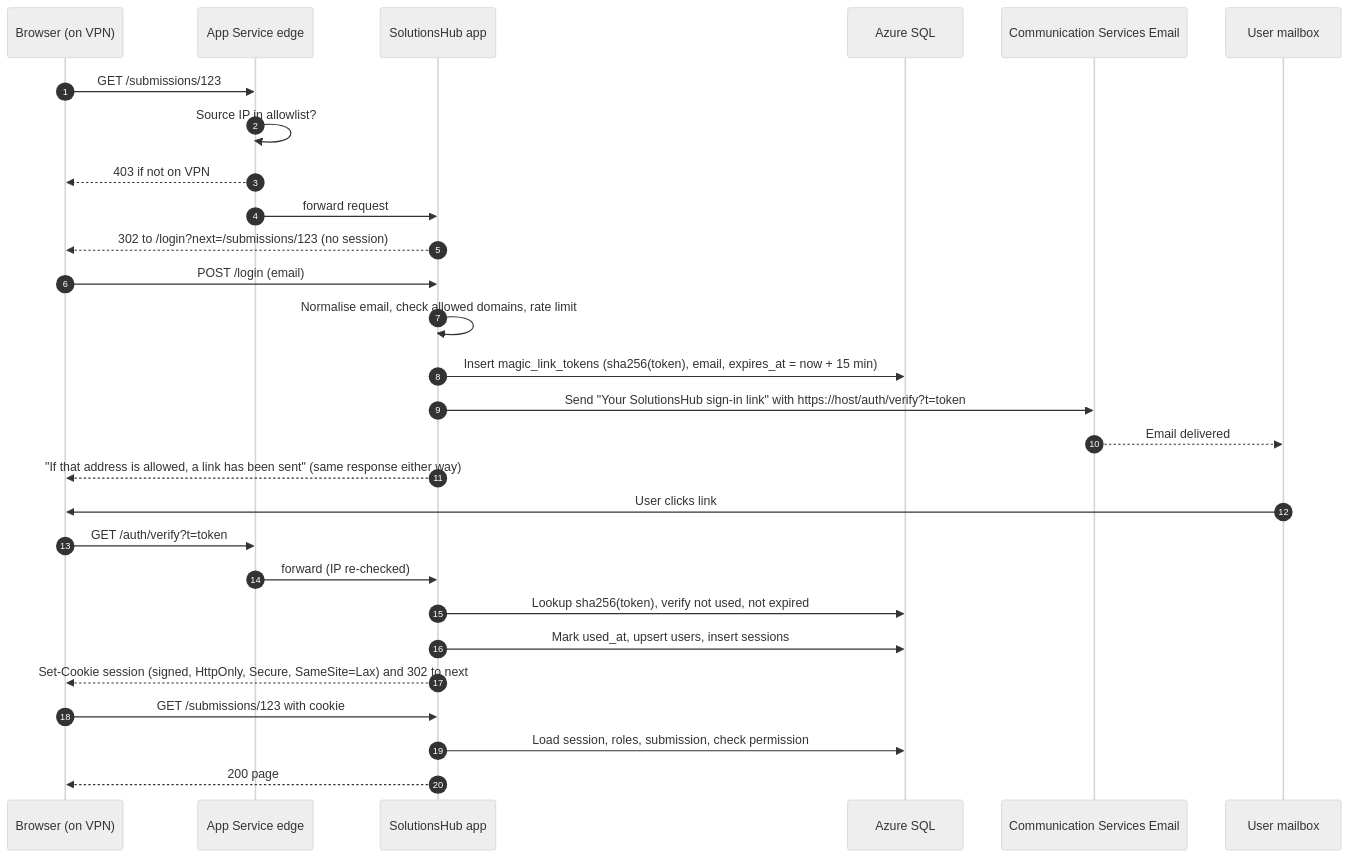
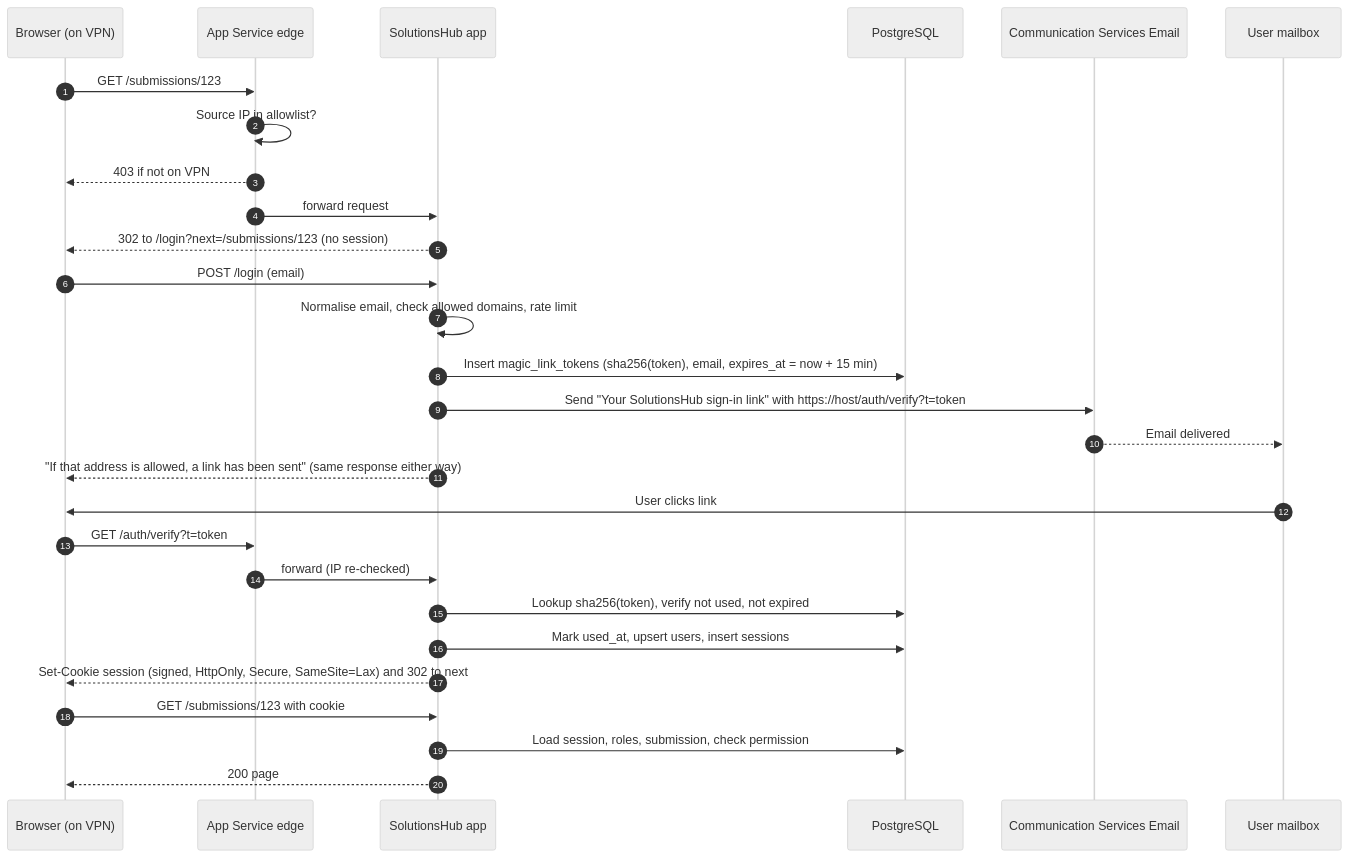
One commit to DRourke-87/SolutionsHub changed the diagram in docs/04-auth-and-access.md. Above: the diagram before and after it, drawn with Mermaid (neutral theme). The commit also changed other lines of this file and 134 other files, not shown here.

````diff
--- a/docs/04-auth-and-access.md
+++ b/docs/04-auth-and-access.md
@@ -57,31 +57,31 @@
 ```mermaid
 sequenceDiagram
     autonumber
     participant B as Browser (on VPN)
     participant E as App Service edge
     participant A as SolutionsHub app
-    participant D as Azure SQL
+    participant D as PostgreSQL
     participant M as Communication Services Email
     participant X as User mailbox
 
     B->>E: GET /submissions/123
     E->>E: Source IP in allowlist?
     E-->>B: 403 if not on VPN
     E->>A: forward request
     A-->>B: 302 to /login?next=/submissions/123 (no session)
     B->>A: POST /login (email)
     A->>A: Normalise email, check allowed domains, rate limit
     A->>D: Insert magic_link_tokens (sha256(token), email, expires_at = now + 15 min)
     A->>M: Send "Your SolutionsHub sign-in link" with https://host/auth/verify?t=token
     M-->>X: Email delivered
     A-->>B: "If that address is allowed, a link has been sent" (same response either way)
     X->>B: User clicks link
     B->>E: GET /auth/verify?t=token
     E->>A: forward (IP re-checked)
     A->>D: Lookup sha256(token), verify not used, not expired
     A->>D: Mark used_at, upsert users, insert sessions
     A-->>B: Set-Cookie session (signed, HttpOnly, Secure, SameSite=Lax) and 302 to next
     B->>A: GET /submissions/123 with cookie
     A->>D: Load session, roles, submission, check permission
     A-->>B: 200 page
 ```
````
